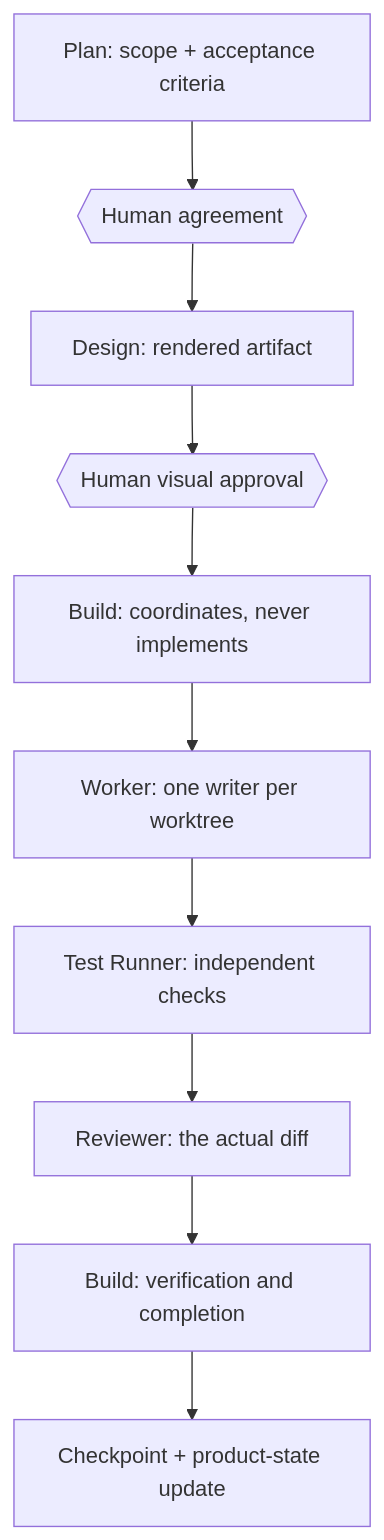
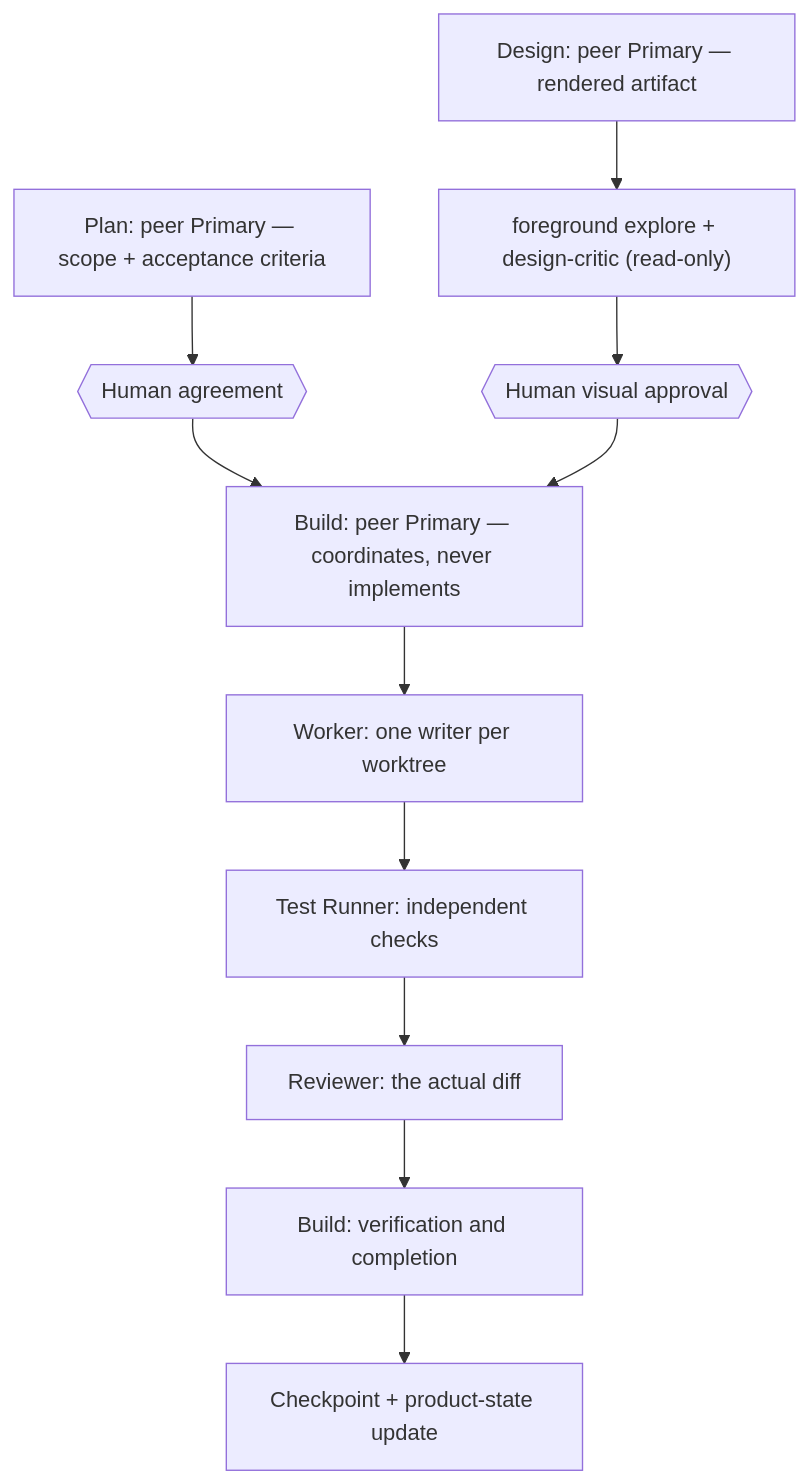
Before and after one commit to khakisketch/KSI-Opencode-Harness: the diagram in README.md, drawn with Mermaid. The commit also changed other lines of this file and 32 other files, not shown here.

````diff
--- a/README.md
+++ b/README.md
@@ -38,12 +40,13 @@
 ```mermaid
 flowchart TB
-    A["Plan: scope + acceptance criteria"] --> B{{"Human agreement"}}
-    B --> C["Design: rendered artifact"]
-    C --> D{{"Human visual approval"}}
-    D --> E["Build: coordinates, never implements"]
-    E --> F["Worker: one writer per worktree"]
-    F --> G["Test Runner: independent checks"]
+    P["Plan: peer Primary — scope + acceptance criteria"] --> B1{{"Human agreement"}}
+    D["Design: peer Primary — rendered artifact"] --> DC["foreground explore + design-critic (read-only)"]
+    DC --> B2{{"Human visual approval"}}
+    B["Build: peer Primary — coordinates, never implements"] --> F["Worker: one writer per worktree"]
+    B1 --> B
+    B2 --> B
+    F["Worker: one writer per worktree"] --> G["Test Runner: independent checks"]
     G --> H["Reviewer: the actual diff"]
     H --> I["Build: verification and completion"]
     I --> J["Checkpoint + product-state update"]
 ```
````
